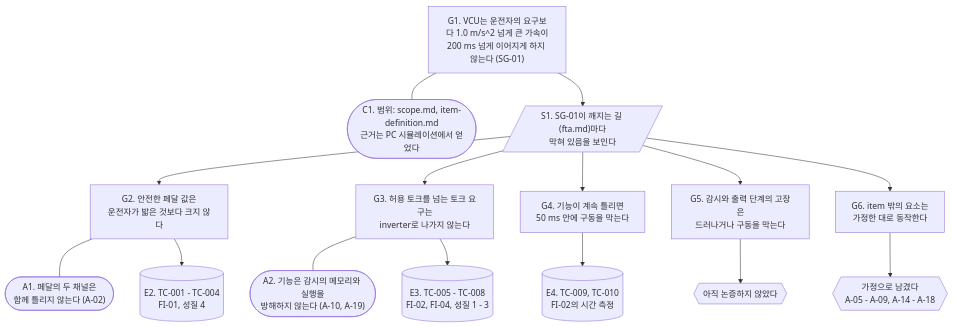
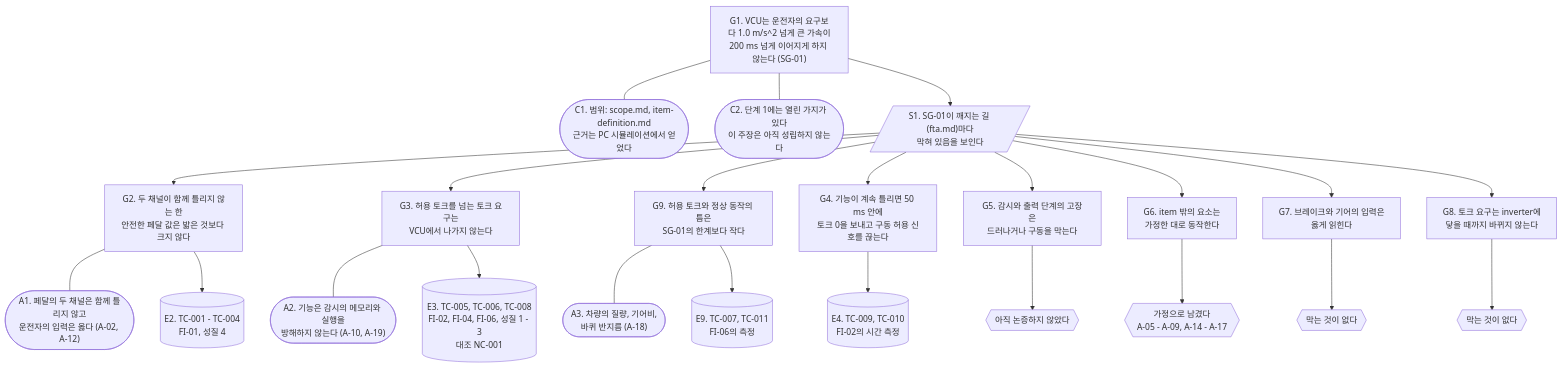
Before and after one commit to danielhongwoo/fusa: the diagram in example/drive-torque/docs/safety-case.md, drawn with Mermaid. The commit also changed other lines of this file and 8 other files, not shown here.

````diff
--- a/example/drive-torque/docs/safety-case.md
+++ b/example/drive-torque/docs/safety-case.md
@@ -11,32 +15,48 @@
 ```mermaid
 flowchart TD
     G1["G1. VCU는 운전자의 요구보다 1.0 m/s^2 넘게 큰 가속이<br/>200 ms 넘게 이어지게 하지 않는다 (SG-01)"]
     C1(["C1. 범위: scope.md, item-definition.md<br/>근거는 PC 시뮬레이션에서 얻었다"])
+    C2(["C2. 단계 1에는 열린 가지가 있다<br/>이 주장은 아직 성립하지 않는다"])
     S1[/"S1. SG-01이 깨지는 길 (fta.md)마다<br/>막혀 있음을 보인다"/]
-    G2["G2. 안전한 페달 값은<br/>운전자가 밟은 것보다 크지 않다"]
-    G3["G3. 허용 토크를 넘는 토크 요구는<br/>inverter로 나가지 않는다"]
-    G4["G4. 기능이 계속 틀리면<br/>50 ms 안에 구동을 막는다"]
+    G2["G2. 두 채널이 함께 틀리지 않는 한<br/>안전한 페달 값은 밟은 것보다 크지 않다"]
+    G3["G3. 허용 토크를 넘는 토크 요구는<br/>VCU에서 나가지 않는다"]
+    G9["G9. 허용 토크와 정상 동작의 틈은<br/>SG-01의 한계보다 작다"]
+    G4["G4. 기능이 계속 틀리면 50 ms 안에<br/>토크 0을 보내고 구동 허용 신호를 끊는다"]
     G5["G5. 감시와 출력 단계의 고장은<br/>드러나거나 구동을 막는다"]
     G6["G6. item 밖의 요소는<br/>가정한 대로 동작한다"]
-    A1(["A1. 페달의 두 채널은<br/>함께 틀리지 않는다 (A-02)"])
+    G7["G7. 브레이크와 기어의 입력은<br/>옳게 읽힌다"]
+    G8["G8. 토크 요구는 inverter에<br/>닿을 때까지 바뀌지 않는다"]
+    A1(["A1. 페달의 두 채널은 함께 틀리지 않고<br/>운전자의 입력은 옳다 (A-02, A-12)"])
     A2(["A2. 기능은 감시의 메모리와 실행을<br/>방해하지 않는다 (A-10, A-19)"])
+    A3(["A3. 차량의 질량, 기어비,<br/>바퀴 반지름 (A-18)"])
     E2[("E2. TC-001 - TC-004<br/>FI-01, 성질 4")]
-    E3[("E3. TC-005 - TC-008<br/>FI-02, FI-04, 성질 1 - 3")]
+    E3[("E3. TC-005, TC-006, TC-008<br/>FI-02, FI-04, FI-06, 성질 1 - 3<br/>대조 NC-001")]
+    E9[("E9. TC-007, TC-011<br/>FI-06의 측정")]
     E4[("E4. TC-009, TC-010<br/>FI-02의 시간 측정")]
     U5{{"아직 논증하지 않았다"}}
-    U6{{"가정으로 남겼다<br/>A-05 - A-09, A-14 - A-18"}}
+    U6{{"가정으로 남겼다<br/>A-05 - A-09, A-14 - A-17"}}
+    U7{{"막는 것이 없다"}}
+    U8{{"막는 것이 없다"}}
     G1 --- C1
+    G1 --- C2
     G1 --> S1
     S1 --> G2
     S1 --> G3
+    S1 --> G9
     S1 --> G4
     S1 --> G5
     S1 --> G6
+    S1 --> G7
+    S1 --> G8
     G2 --- A1
     G3 --- A2
+    G9 --- A3
     G2 --> E2
     G3 --> E3
+    G9 --> E9
     G4 --> E4
     G5 --> U5
     G6 --> U6
+    G7 --> U7
+    G8 --> U8
 ```
````
